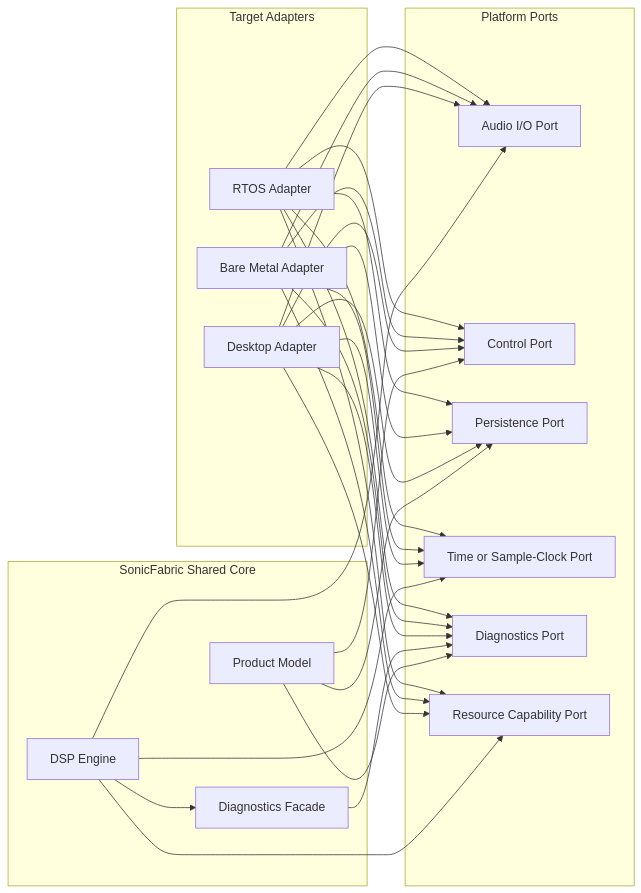
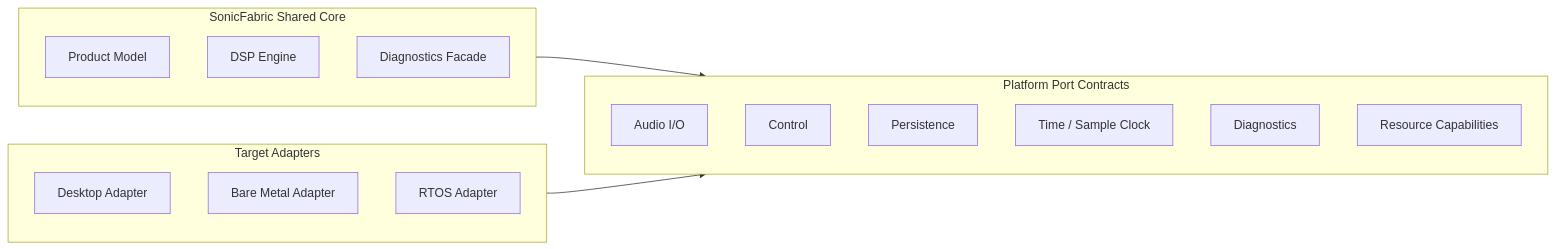
Before and after one commit to oscarsg29/guitar_processor_multitarget: the fifth of 5 diagrams in StructuralArchitectureViews.md, drawn with Mermaid. The commit also changed other lines of this file, not shown here.

Commit message:
Platform Port Boundary View simplified

````diff
--- a/StructuralArchitectureViews.md
+++ b/StructuralArchitectureViews.md
@@ -138,53 +138,26 @@
 ```mermaid
 flowchart LR
     subgraph SharedCore[SonicFabric Shared Core]
         ProductModel[Product Model]
         DSPEngine[DSP Engine]
         DiagnosticsFacade[Diagnostics Facade]
     end
 
-    subgraph PlatformPorts[Platform Ports]
-        AudioIOPort[Audio I/O Port]
-        ControlPort[Control Port]
-        PersistencePort[Persistence Port]
-        TimePort[Time or Sample-Clock Port]
-        DiagnosticsPort[Diagnostics Port]
-        ResourcePort[Resource Capability Port]
+    subgraph PortContracts[Platform Port Contracts]
+        AudioIO[Audio I/O]
+        Control[Control]
+        Persistence[Persistence]
+        Time[Time / Sample Clock]
+        Diagnostics[Diagnostics]
+        Resources[Resource Capabilities]
     end
 
     subgraph TargetAdapters[Target Adapters]
         DesktopAdapter[Desktop Adapter]
         BareMetalAdapter[Bare Metal Adapter]
         RTOSAdapter[RTOS Adapter]
     end
 
-    ProductModel --> ControlPort
-    ProductModel --> PersistencePort
-    ProductModel --> DiagnosticsPort
-    DSPEngine --> AudioIOPort
-    DSPEngine --> TimePort
-    DSPEngine --> ResourcePort
-    DSPEngine --> DiagnosticsFacade
-    DiagnosticsFacade --> DiagnosticsPort
-
-    DesktopAdapter --> AudioIOPort
-    DesktopAdapter --> ControlPort
-    DesktopAdapter --> PersistencePort
-    DesktopAdapter --> TimePort
-    DesktopAdapter --> DiagnosticsPort
-    DesktopAdapter --> ResourcePort
-
-    BareMetalAdapter --> AudioIOPort
-    BareMetalAdapter --> ControlPort
-    BareMetalAdapter --> PersistencePort
-    BareMetalAdapter --> TimePort
-    BareMetalAdapter --> DiagnosticsPort
-    BareMetalAdapter --> ResourcePort
-
-    RTOSAdapter --> AudioIOPort
-    RTOSAdapter --> ControlPort
-    RTOSAdapter --> PersistencePort
-    RTOSAdapter --> TimePort
-    RTOSAdapter --> DiagnosticsPort
-    RTOSAdapter --> ResourcePort
+    SharedCore --> PortContracts
+    TargetAdapters --> PortContracts
 ```
````
